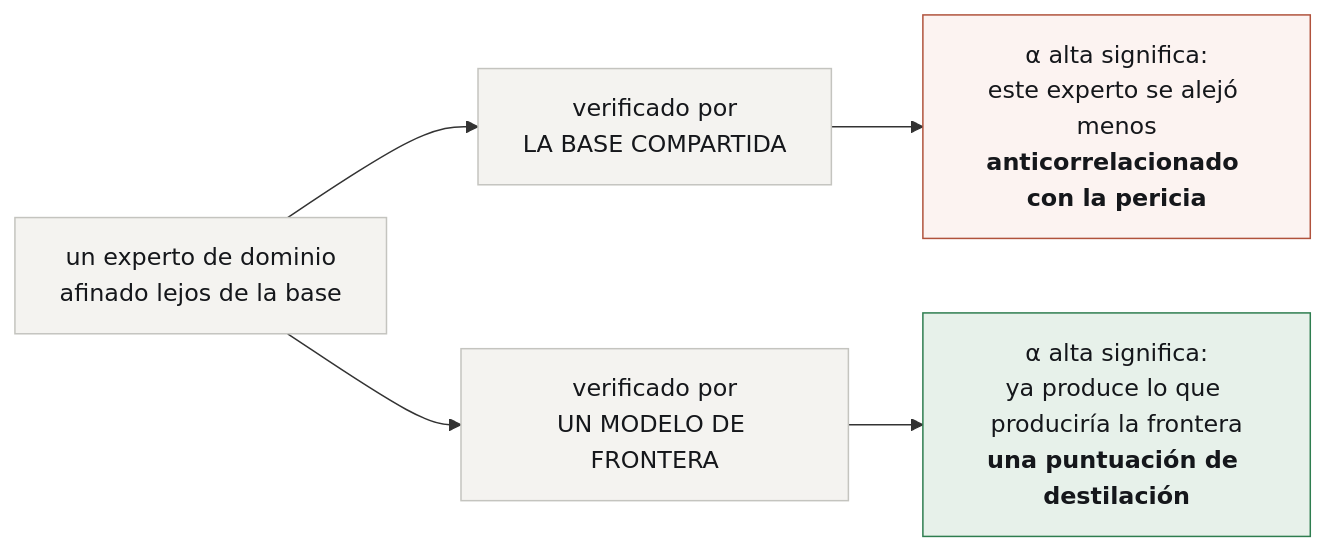
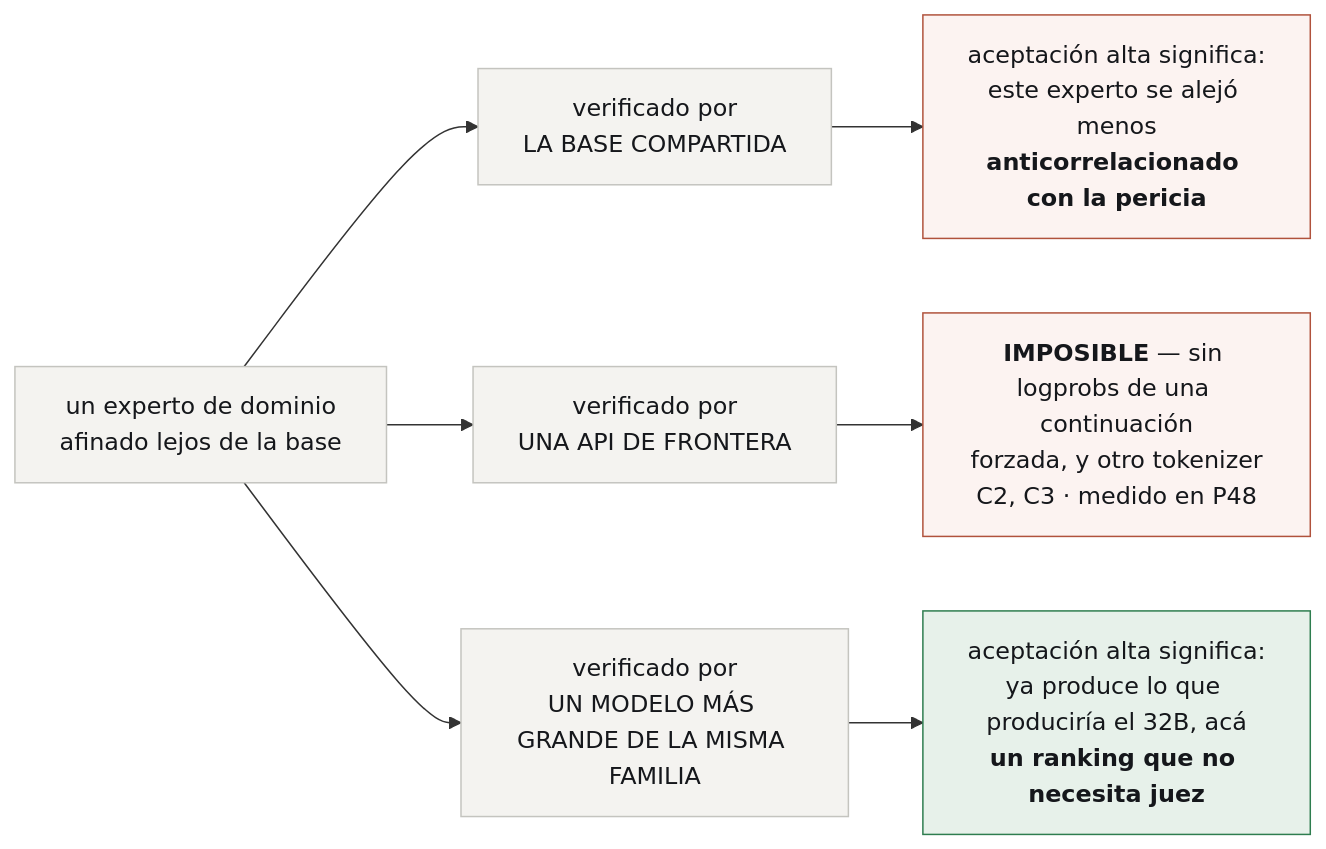
The diagram in docs/es/TECHNICAL-REFERENCE.md (EvolvingAgentsLabs/lora-kernel), drawn with Mermaid before and after one commit. The commit also changed 7 other files, not shown here.

````diff
--- a/docs/es/TECHNICAL-REFERENCE.md
+++ b/docs/es/TECHNICAL-REFERENCE.md
@@ -49,18 +49,21 @@
 ```mermaid
 flowchart LR
     E["un experto de dominio<br>afinado lejos de la base"]
     B["verificado por<br>LA BASE COMPARTIDA"]
-    F["verificado por<br>UN MODELO DE FRONTERA"]
-    RB["α alta significa:<br>este experto se alejó menos<br><b>anticorrelacionado con la pericia</b>"]
-    RF["α alta significa:<br>ya produce lo que produciría la frontera<br><b>una puntuación de destilación</b>"]
+    F["verificado por<br>UNA API DE FRONTERA"]
+    L["verificado por<br>UN MODELO MÁS GRANDE DE LA MISMA FAMILIA"]
+    RB["aceptación alta significa:<br>este experto se alejó menos<br><b>anticorrelacionado con la pericia</b>"]
+    RF["<b>IMPOSIBLE</b> — sin logprobs de una continuación<br>forzada, y otro tokenizer<br>C2, C3 · medido en P48"]
+    RL["aceptación alta significa:<br>ya produce lo que produciría el 32B, acá<br><b>un ranking que no necesita juez</b>"]
 
     E --> B --> RB
     E --> F --> RF
+    E --> L --> RL
 
     classDef bad fill:#FCF3F1,stroke:#B0523C,color:#15171B
     classDef good fill:#E7F1EA,stroke:#2E7D4F,color:#15171B
     classDef neutral fill:#F4F3F0,stroke:#C4C4BF,color:#15171B
-    class RB bad
-    class RF good
-    class E,B,F neutral
+    class RB,RF bad
+    class RL good
+    class E,B,F,L neutral
 ```
````
